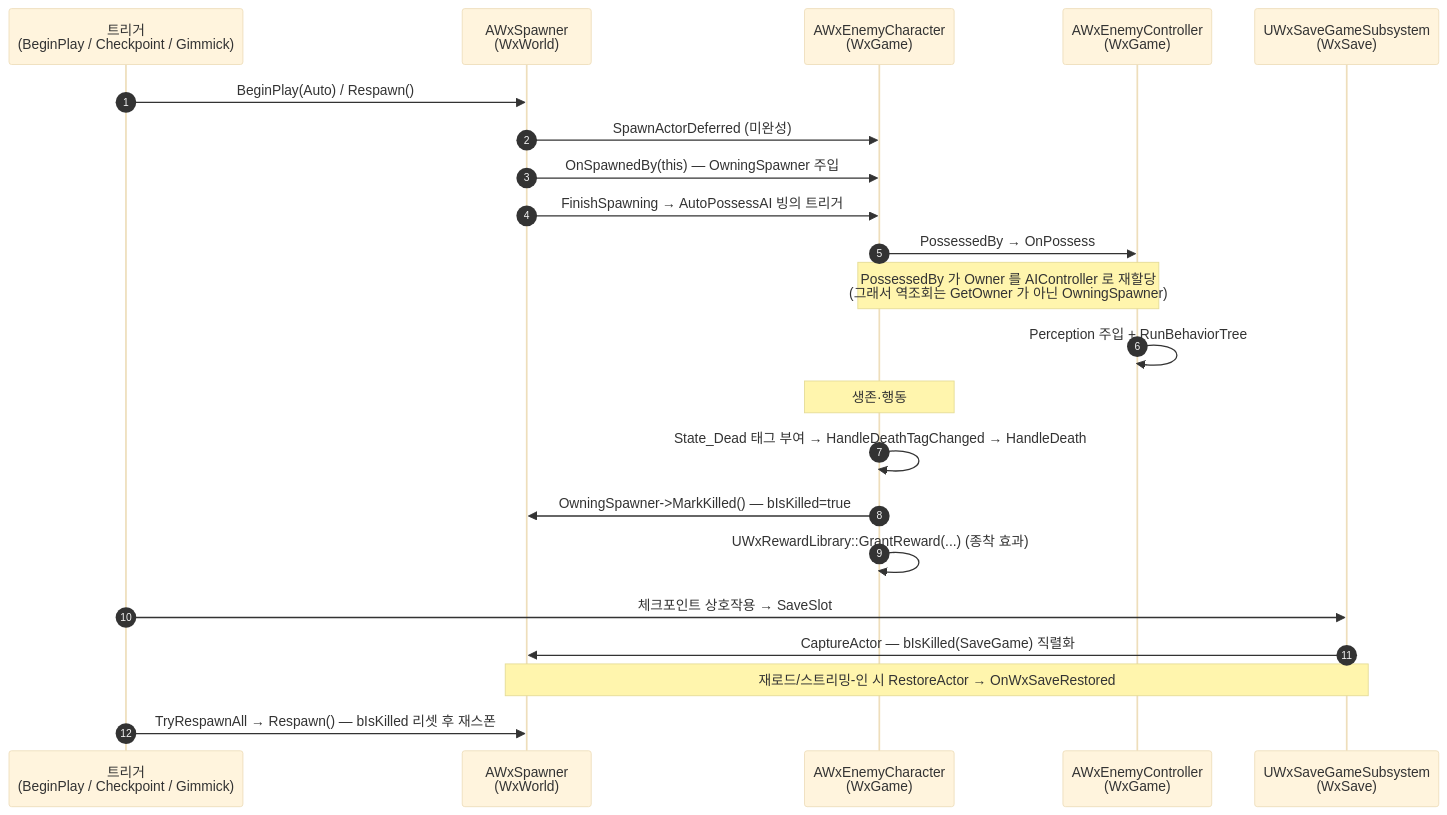
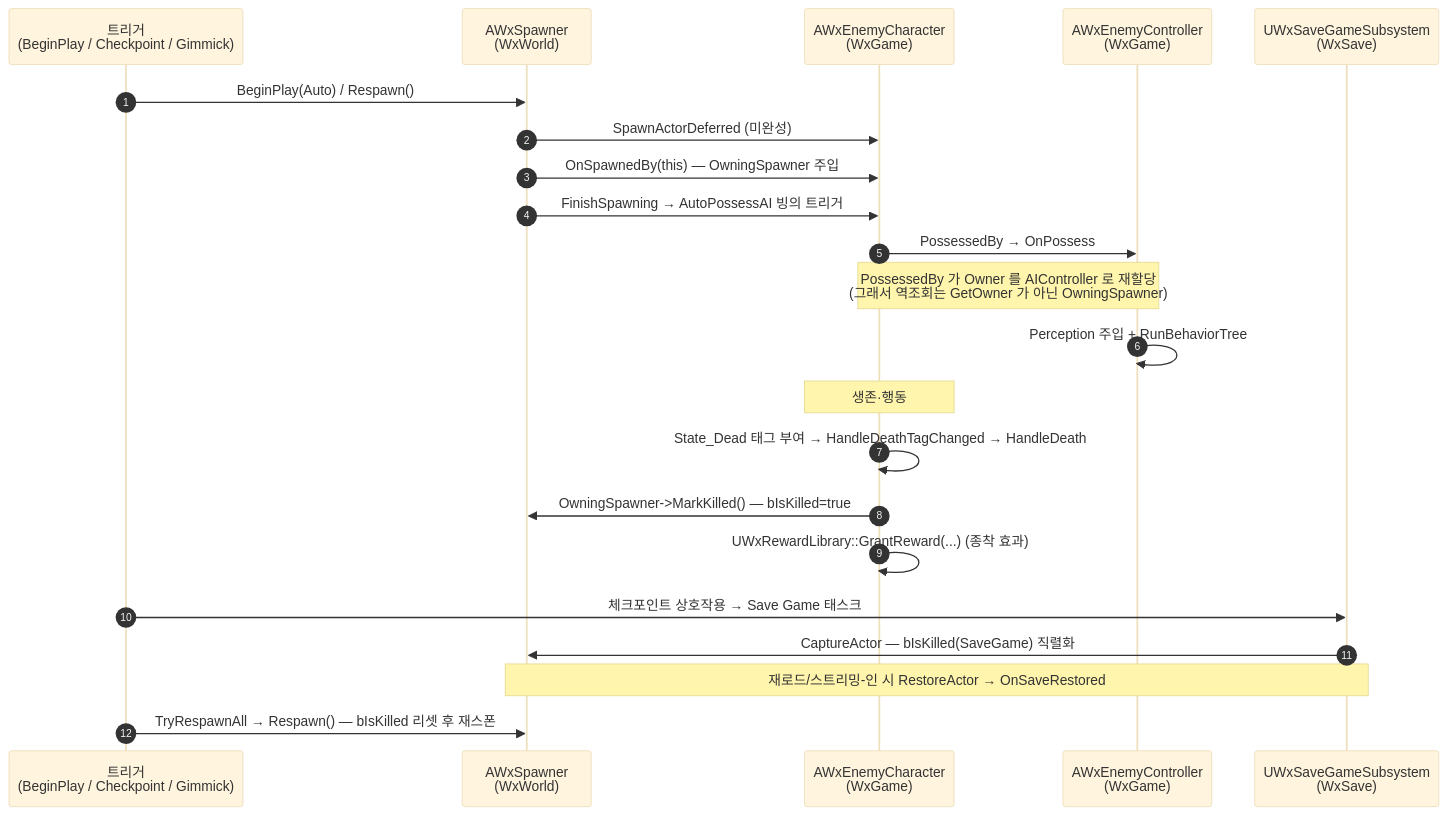
One commit to Woogl/ProjectWx changed the diagram in Docs/Programmer/Spawner_Enemy_Lifecycle.md. Above: the diagram before and after it, drawn with Mermaid (base theme). The commit also changed other lines of this file and 9 other files, not shown here.

````diff
--- a/Docs/Programmer/Spawner_Enemy_Lifecycle.md
+++ b/Docs/Programmer/Spawner_Enemy_Lifecycle.md
@@ -22,25 +22,25 @@
 ```mermaid
 sequenceDiagram
     autonumber
     participant Trigger as 트리거<br/>(BeginPlay / Checkpoint / Gimmick)
     participant Spawner as AWxSpawner<br/>(WxWorld)
     participant Enemy as AWxEnemyCharacter<br/>(WxGame)
     participant AICtrl as AWxEnemyController<br/>(WxGame)
     participant Save as UWxSaveGameSubsystem<br/>(WxSave)
 
     Trigger->>Spawner: BeginPlay(Auto) / Respawn()
     Spawner->>Enemy: SpawnActorDeferred (미완성)
     Spawner->>Enemy: OnSpawnedBy(this) — OwningSpawner 주입
     Spawner->>Enemy: FinishSpawning → AutoPossessAI 빙의 트리거
     Enemy->>AICtrl: PossessedBy → OnPossess
     Note over Enemy,AICtrl: PossessedBy 가 Owner 를 AIController 로 재할당<br/>(그래서 역조회는 GetOwner 가 아닌 OwningSpawner)
     AICtrl->>AICtrl: Perception 주입 + RunBehaviorTree
     Note over Enemy: 생존·행동
     Enemy->>Enemy: State_Dead 태그 부여 → HandleDeathTagChanged → HandleDeath
     Enemy->>Spawner: OwningSpawner->MarkKilled() — bIsKilled=true
     Enemy->>Enemy: UWxRewardLibrary::GrantReward(...) (종착 효과)
-    Trigger->>Save: 체크포인트 상호작용 → SaveSlot
+    Trigger->>Save: 체크포인트 상호작용 → Save Game 태스크
     Save->>Spawner: CaptureActor — bIsKilled(SaveGame) 직렬화
-    Note over Save,Spawner: 재로드/스트리밍-인 시 RestoreActor → OnWxSaveRestored
+    Note over Save,Spawner: 재로드/스트리밍-인 시 RestoreActor → OnSaveRestored
     Trigger->>Spawner: TryRespawnAll → Respawn() — bIsKilled 리셋 후 재스폰
 ```
````
